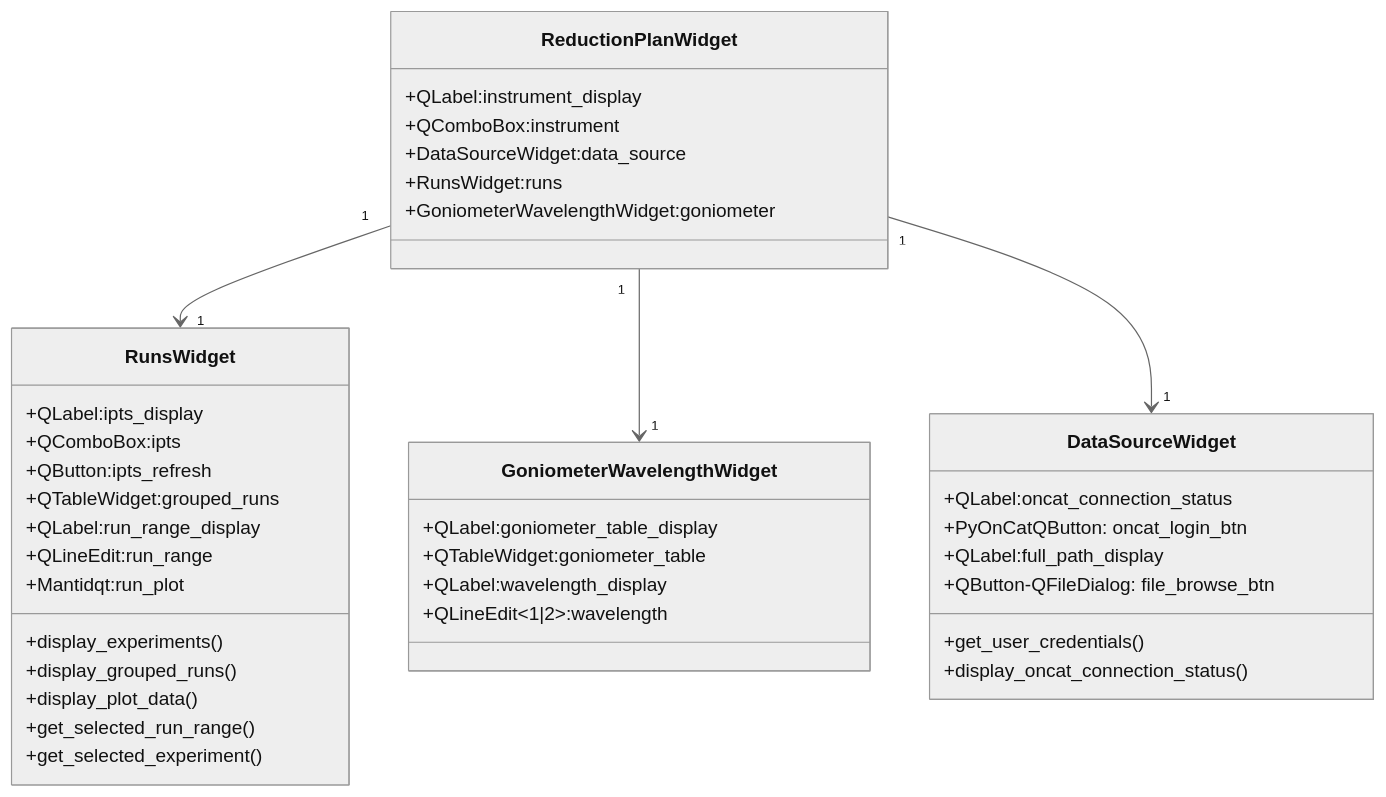
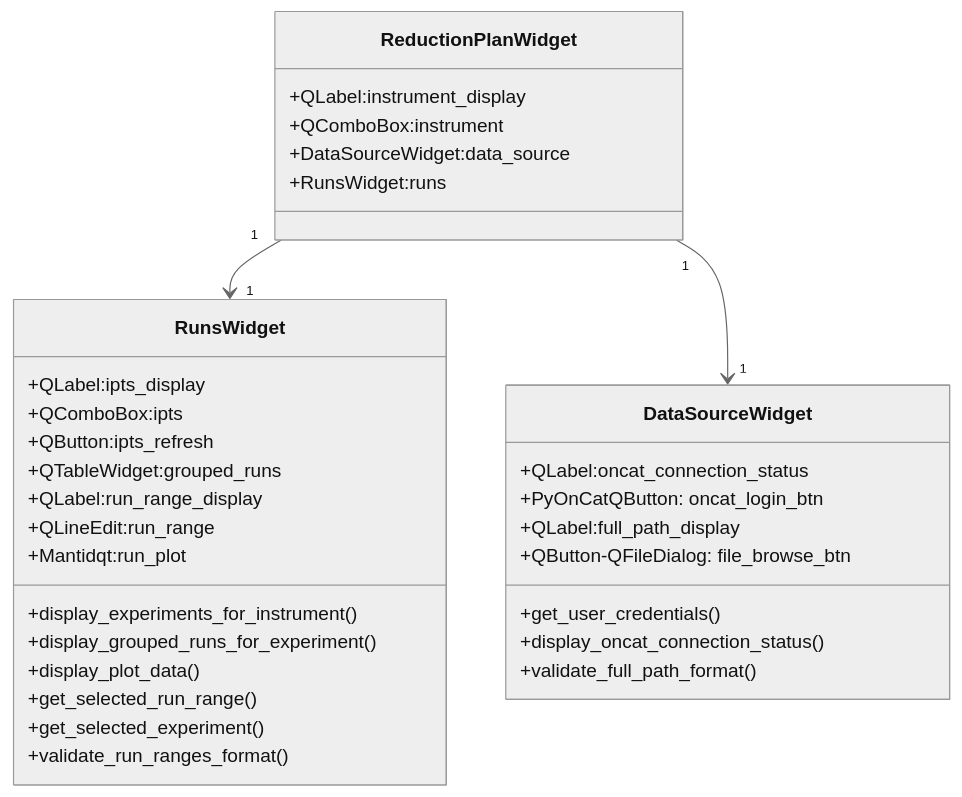
The first of 9 diagrams in docs/source/design/oncat_mvp.rst (neutrons/garnet), drawn with Mermaid (neutral theme) before and after one commit. The commit also changed other lines of this file and 6 other files, not shown here.

First line of the commit message:
Reduction Plan Screen - Design (#25)

```diff
--- a/docs/source/design/oncat_mvp.rst
+++ b/docs/source/design/oncat_mvp.rst
@@ -14,46 +19,38 @@
 .. mermaid::
 
  classDiagram
     ReductionPlanWidget "1" -->"1" RunsWidget
-    ReductionPlanWidget "1" -->"1" GoniometerWavelengthWidget
     ReductionPlanWidget "1" -->"1" DataSourceWidget
 
     class ReductionPlanWidget{
         +QLabel:instrument_display
         +QComboBox:instrument
         +DataSourceWidget:data_source
         +RunsWidget:runs
-        +GoniometerWavelengthWidget:goniometer
     }
 
     class DataSourceWidget{
         +QLabel:oncat_connection_status
         +PyOnCatQButton: oncat_login_btn
         +QLabel:full_path_display
         +QButton-QFileDialog: file_browse_btn
         +get_user_credentials()
         +display_oncat_connection_status()
+        +validate_full_path_format()
     }
 
     class RunsWidget{
         +QLabel:ipts_display
         +QComboBox:ipts
         +QButton:ipts_refresh
         +QTableWidget:grouped_runs
         +QLabel:run_range_display
         +QLineEdit:run_range
         +Mantidqt:run_plot
-        +display_experiments()
-        +display_grouped_runs()
+        +display_experiments_for_instrument()
+        +display_grouped_runs_for_experiment()
         +display_plot_data()
         +get_selected_run_range()
         +get_selected_experiment()
+        +validate_run_ranges_format()
     }
-
-
-    class GoniometerWavelengthWidget{
-        +QLabel:goniometer_table_display
-        +QTableWidget:goniometer_table
-        +QLabel:wavelength_display
-        +QLineEdit~1|2~:wavelength
-    }
```
